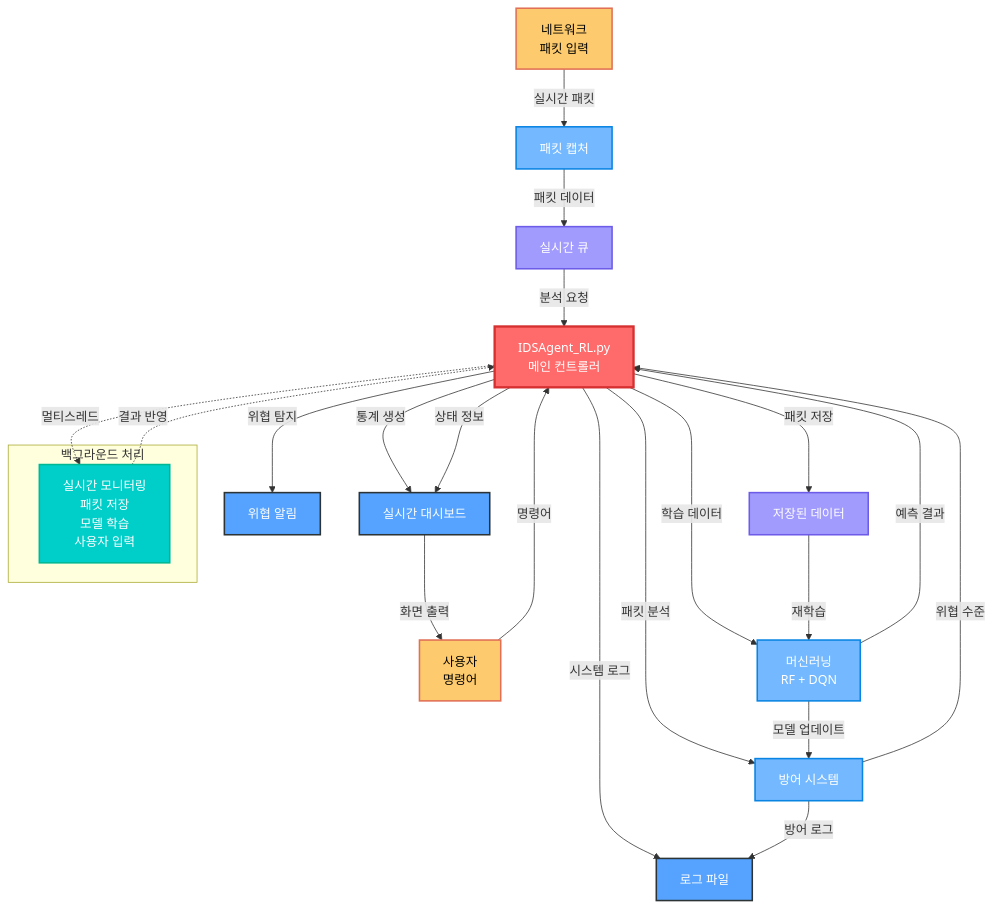
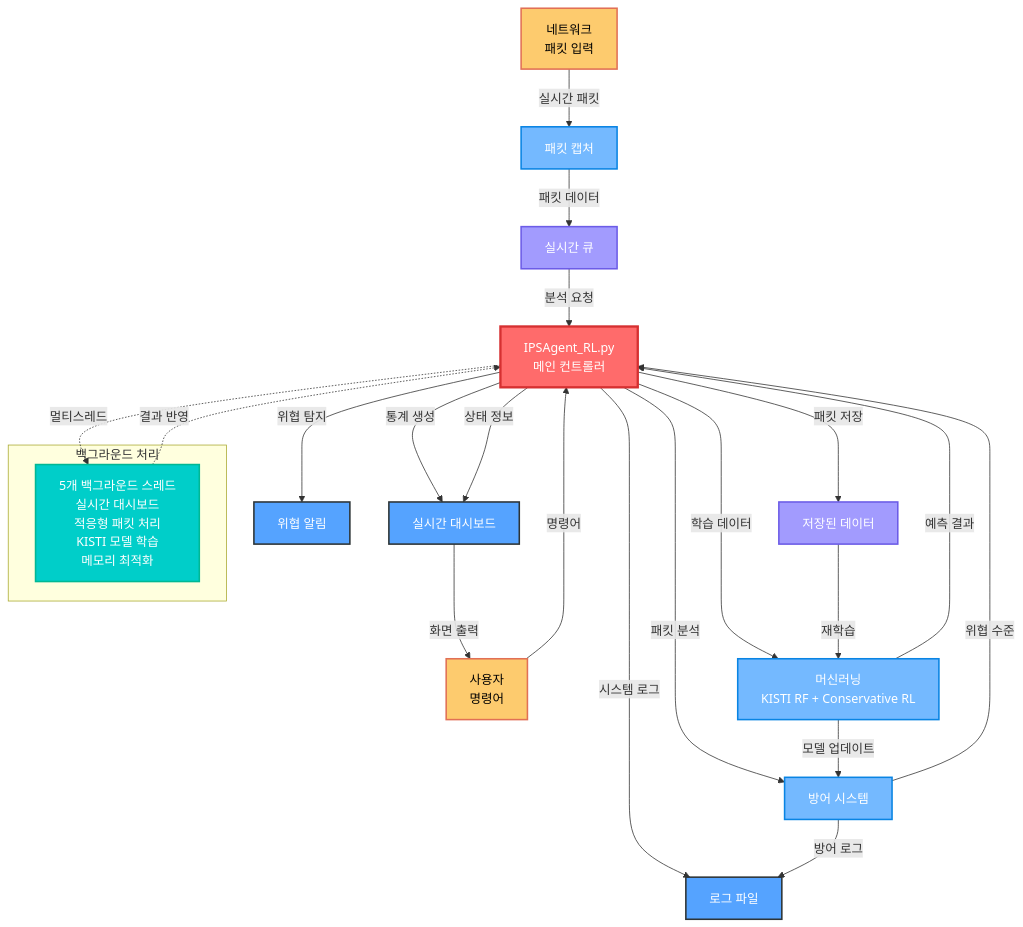
Before and after one commit to Es5724/Intrusion_DetectionSystem: the third of 3 diagrams in README.md, drawn with Mermaid. The commit also changed other lines of this file and 4 other files, not shown here.

````diff
--- a/README.md
+++ b/README.md
@@ -619,76 +662,76 @@
 ```mermaid
 graph TB
     %% 입력
     Network[네트워크<br/>패킷 입력]
     User[사용자<br/>명령어]
     
     %% 메인 프로그램
-    MainAgent[IDSAgent_RL.py<br/>메인 컨트롤러]
+    MainAgent[IPSAgent_RL.py<br/>메인 컨트롤러]
     
     %% 핵심 처리 모듈
     PacketCapture[패킷 캡처]
     Defense[방어 시스템]
-    ML[머신러닝<br/>RF + DQN]
+    ML[머신러닝<br/>KISTI RF + Conservative RL]
     
     %% 데이터 저장
     Queue[실시간 큐]
     DataFiles[저장된 데이터]
     
     %% 출력
     Dashboard[실시간 대시보드]
     Alerts[위협 알림]
     Logs[로그 파일]
     
     %% 주요 데이터 흐름
     Network -->|실시간 패킷| PacketCapture
     PacketCapture -->|패킷 데이터| Queue
     Queue -->|분석 요청| MainAgent
     
     %% 메인 에이전트의 역할
     MainAgent -->|패킷 분석| Defense
     MainAgent -->|학습 데이터| ML
     MainAgent -->|통계 생성| Dashboard
     
     %% 분석 결과 흐름
     Defense -->|위협 수준| MainAgent
     ML -->|예측 결과| MainAgent
     MainAgent -->|위협 탐지| Alerts
     
     %% 데이터 저장 및 학습
     MainAgent -->|패킷 저장| DataFiles
     DataFiles -->|재학습| ML
     ML -->|모델 업데이트| Defense
     
     %% 사용자 상호작용
     User -->|명령어| MainAgent
     MainAgent -->|상태 정보| Dashboard
     Dashboard -->|화면 출력| User
     
     %% 로그 시스템
     MainAgent -->|시스템 로그| Logs
     Defense -->|방어 로그| Logs
     
     %% 백그라운드 처리
     subgraph "백그라운드 처리"
-        BG[실시간 모니터링<br/>패킷 저장<br/>모델 학습<br/>사용자 입력]
+        BG[5개 백그라운드 스레드<br/>실시간 대시보드<br/>적응형 패킷 처리<br/>KISTI 모델 학습<br/>메모리 최적화]
     end
     
     MainAgent -.->|멀티스레드| BG
     BG -.->|결과 반영| MainAgent
     
     %% 스타일 정의
     classDef main fill:#ff6b6b,stroke:#d63031,stroke-width:3px,color:#fff
     classDef process fill:#74b9ff,stroke:#0984e3,stroke-width:2px,color:#fff
     classDef data fill:#a29bfe,stroke:#6c5ce7,stroke-width:2px,color:#fff
     classDef output fill:#55a3ff,stroke:#2d3436,stroke-width:2px,color:#fff
     classDef input fill:#fdcb6e,stroke:#e17055,stroke-width:2px,color:#000
     classDef background fill:#00cec9,stroke:#00b894,stroke-width:2px,color:#fff
     
     %% 클래스 적용
     class MainAgent main
     class PacketCapture,Defense,ML process
     class Queue,DataFiles data
     class Dashboard,Alerts,Logs output
     class Network,User input
     class BG background
 ```
````
